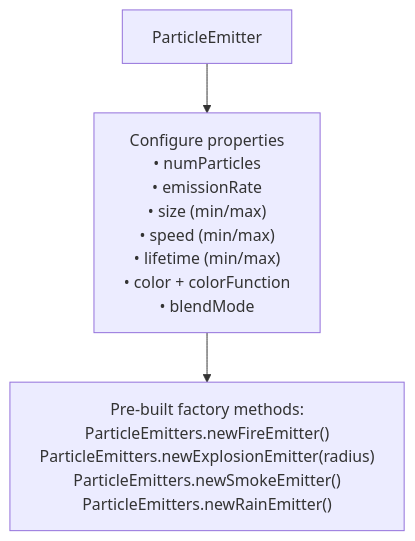
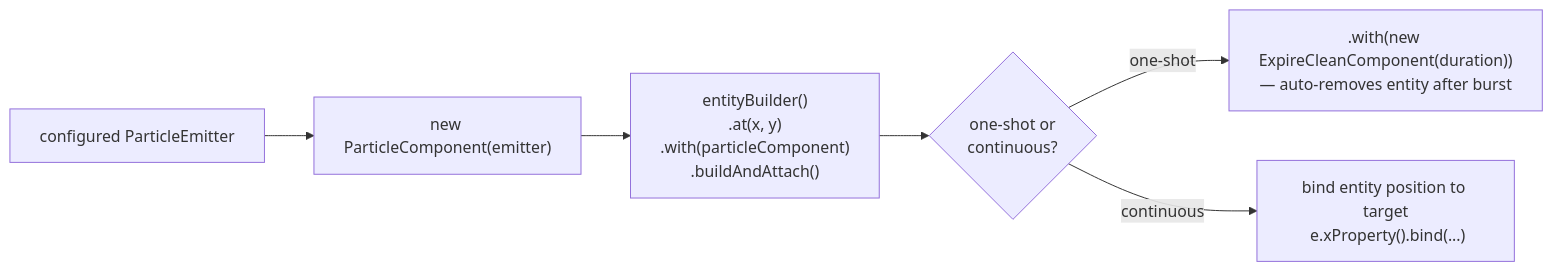
The fourth of 11 diagrams in docs/uc-particles-effects.md (JohannesRabauer/fxgl-skills), drawn with Mermaid before and after one commit. The commit also changed other lines of this file and 2 other files, not shown here.

Commit message:
Expanded Particle skill

````diff
--- a/docs/uc-particles-effects.md
+++ b/docs/uc-particles-effects.md
@@ -26,5 +56,8 @@
 ```mermaid
-flowchart TD
-    PE["ParticleEmitter"] --> Props["Configure properties\n• numParticles\n• emissionRate\n• size (min/max)\n• speed (min/max)\n• lifetime (min/max)\n• color + colorFunction\n• blendMode"]
-    Props --> Emitters["Pre-built factory methods:\nParticleEmitters.newFireEmitter()\nParticleEmitters.newExplosionEmitter(radius)\nParticleEmitters.newSmokeEmitter()\nParticleEmitters.newRainEmitter()"]
+flowchart LR
+    Emitter["configured ParticleEmitter"] --> PC["new ParticleComponent(emitter)"]
+    PC --> EB["entityBuilder()\n.at(x, y)\n.with(particleComponent)\n.buildAndAttach()"]
+    EB --> OneShot{"one-shot or\ncontinuous?"}
+    OneShot -->|one-shot| Expire[".with(new ExpireCleanComponent(duration))\n— auto-removes entity after burst"]
+    OneShot -->|continuous| Bind["bind entity position to target\n e.xProperty().bind(...)"]
 ```
````
